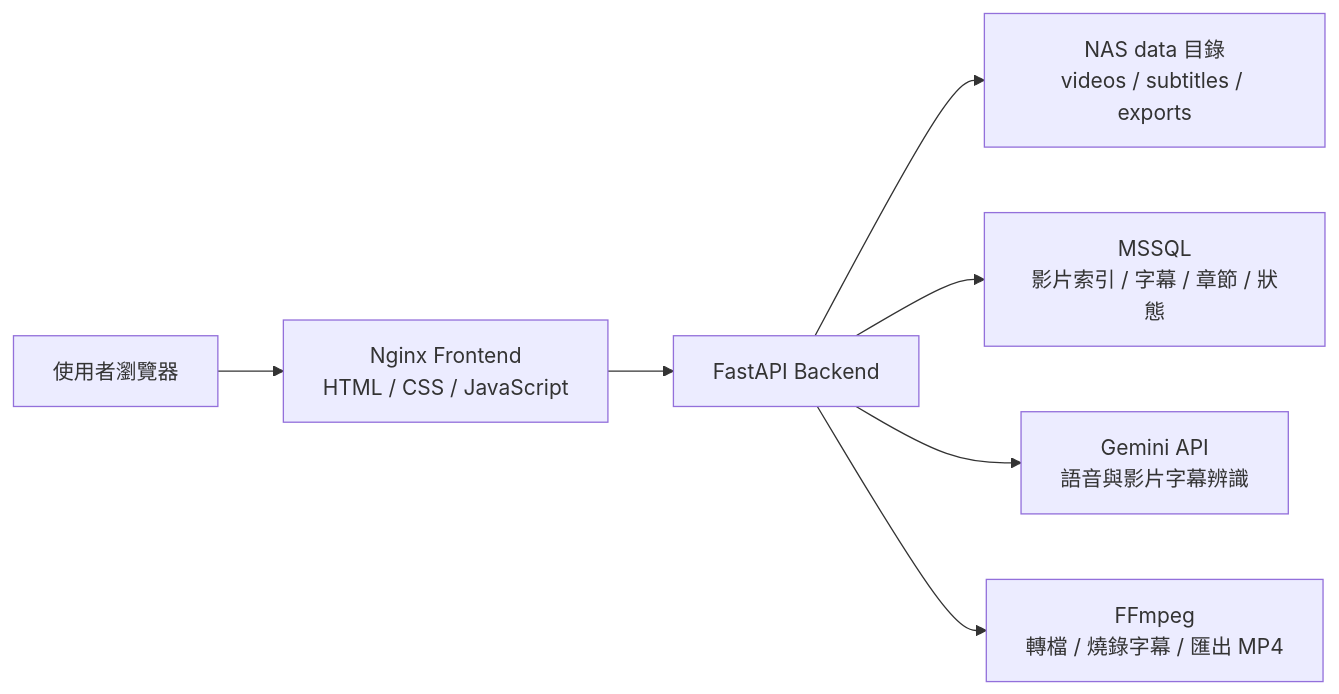
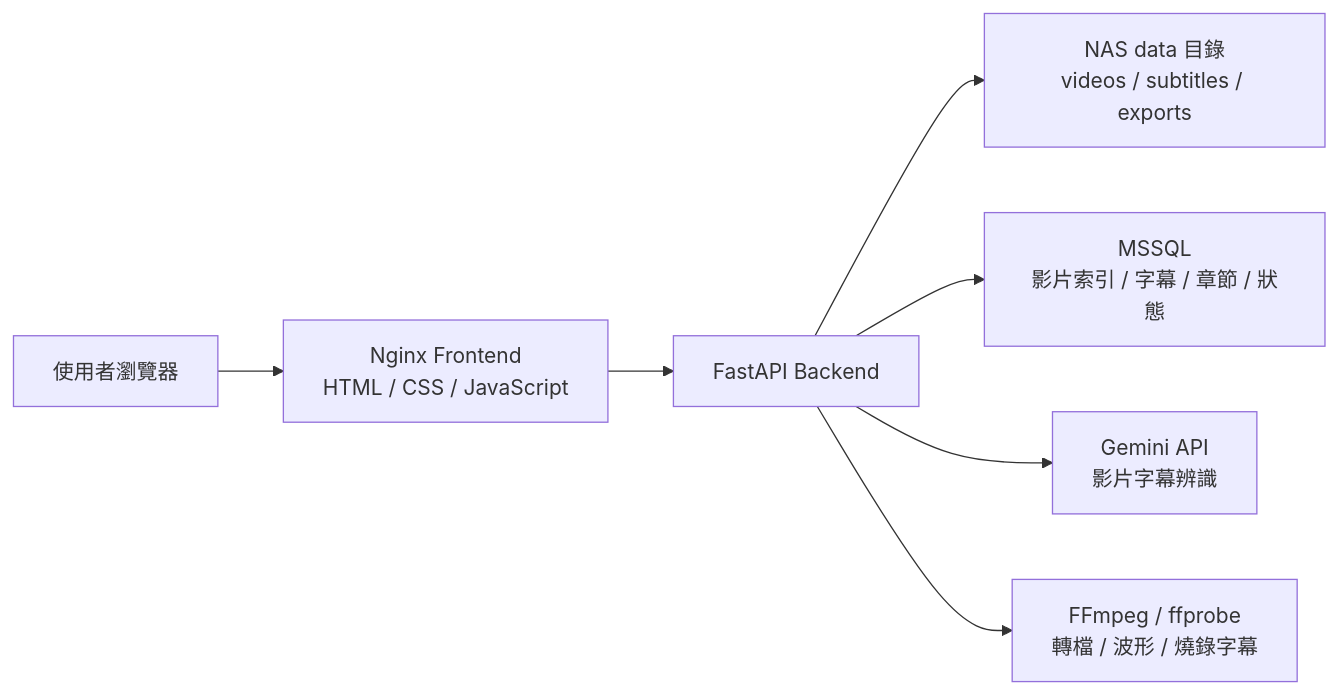
The first of 2 diagrams in README.md (kentislove/nas-subtitle-studio), drawn with Mermaid before and after one commit. The commit also changed other lines of this file and 3 other files, not shown here.

````diff
--- a/README.md
+++ b/README.md
@@ -28,9 +80,9 @@
 ```mermaid
 flowchart LR
     User["使用者瀏覽器"] --> Frontend["Nginx Frontend<br/>HTML / CSS / JavaScript"]
     Frontend --> API["FastAPI Backend"]
     API --> Files["NAS data 目錄<br/>videos / subtitles / exports"]
     API --> MSSQL["MSSQL<br/>影片索引 / 字幕 / 章節 / 狀態"]
-    API --> Gemini["Gemini API<br/>語音與影片字幕辨識"]
-    API --> FFmpeg["FFmpeg<br/>轉檔 / 燒錄字幕 / 匯出 MP4"]
+    API --> Gemini["Gemini API<br/>影片字幕辨識"]
+    API --> FFmpeg["FFmpeg / ffprobe<br/>轉檔 / 波形 / 燒錄字幕"]
 ```
````
